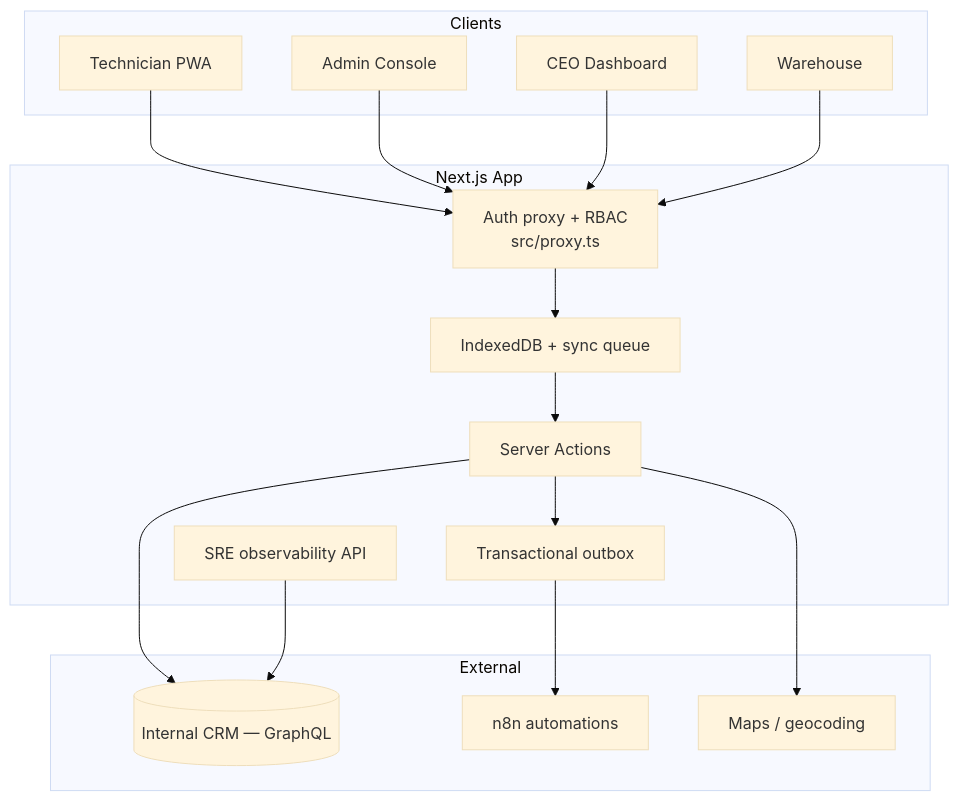
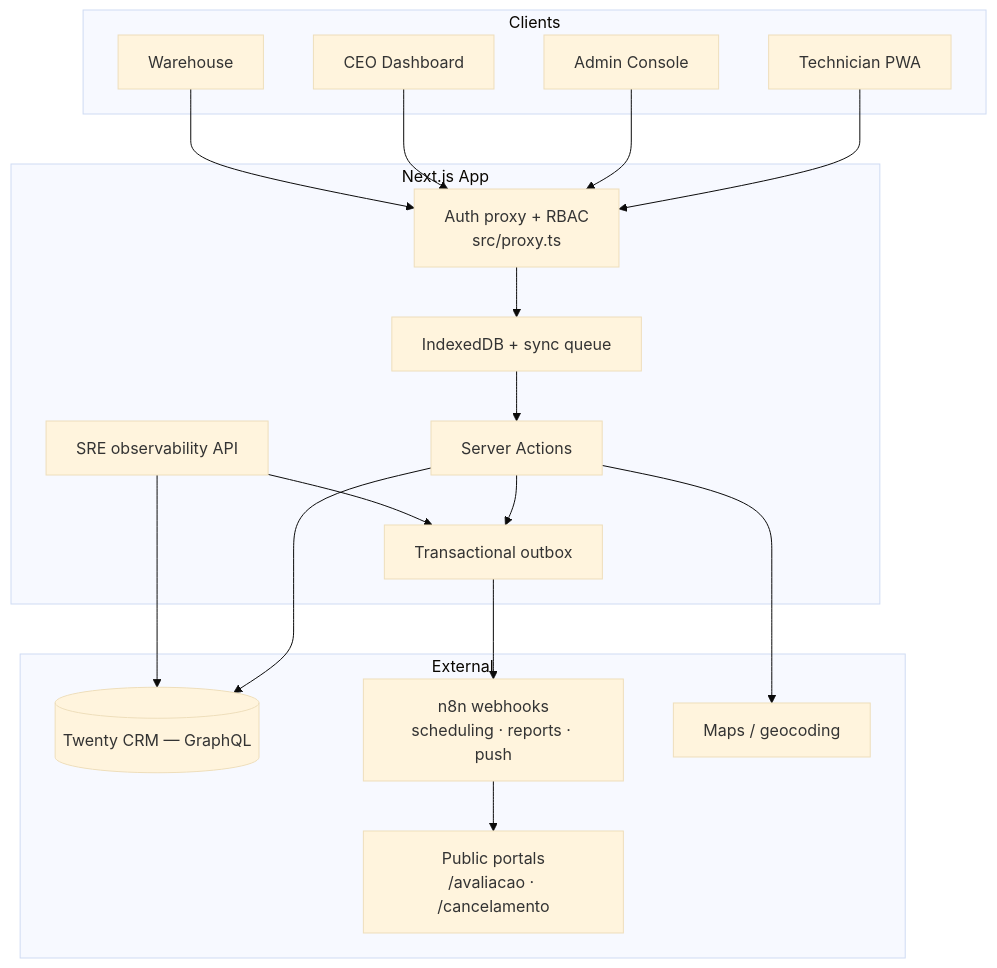
The first of 2 diagrams in README.md (alyekseyenko/services-blinds), drawn with Mermaid (base theme) before and after one commit. The commit also changed other lines of this file and 7 other files, not shown here.

````diff
--- a/README.md
+++ b/README.md
@@ -114,33 +144,36 @@
 ```mermaid
 graph TB
     subgraph Clients
         TECH[Technician PWA]
         ADMIN[Admin Console]
         CEO[CEO Dashboard]
         WH[Warehouse]
     end
 
     subgraph "Next.js App"
         PROXY[Auth proxy + RBAC<br/>src/proxy.ts]
         ACTIONS[Server Actions]
         OFFLINE[IndexedDB + sync queue]
         OUTBOX[Transactional outbox]
         OBS[SRE observability API]
     end
 
     subgraph External
-        CRM[(Internal CRM — GraphQL)]
-        N8N[n8n automations]
+        CRM[(Twenty CRM — GraphQL)]
+        N8N[n8n webhooks<br/>scheduling · reports · push]
         MAPS[Maps / geocoding]
+        PORTALS[Public portals<br/>/avaliacao · /cancelamento]
     end
 
     TECH --> PROXY
     ADMIN --> PROXY
     CEO --> PROXY
     WH --> PROXY
     PROXY --> OFFLINE --> ACTIONS
     ACTIONS --> CRM
     ACTIONS --> OUTBOX --> N8N
+    N8N --> PORTALS
     ACTIONS --> MAPS
     OBS --> CRM
+    OBS --> OUTBOX
 ```
````
